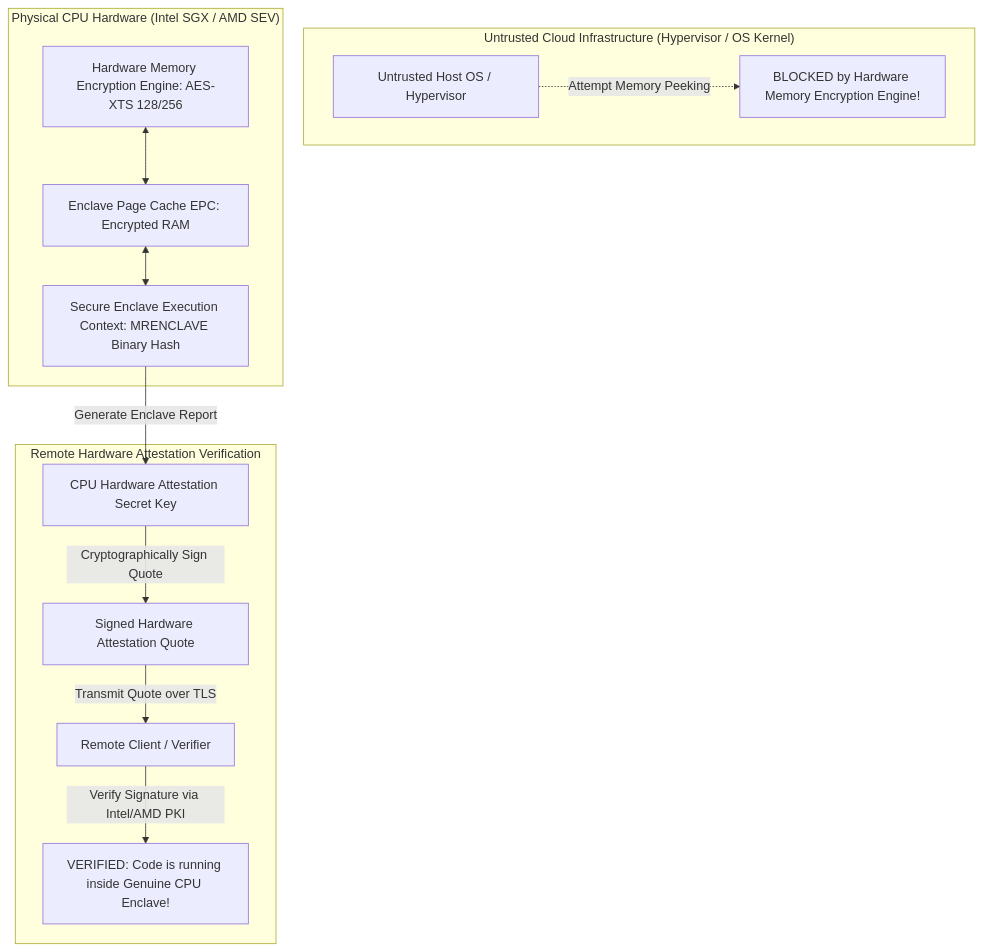
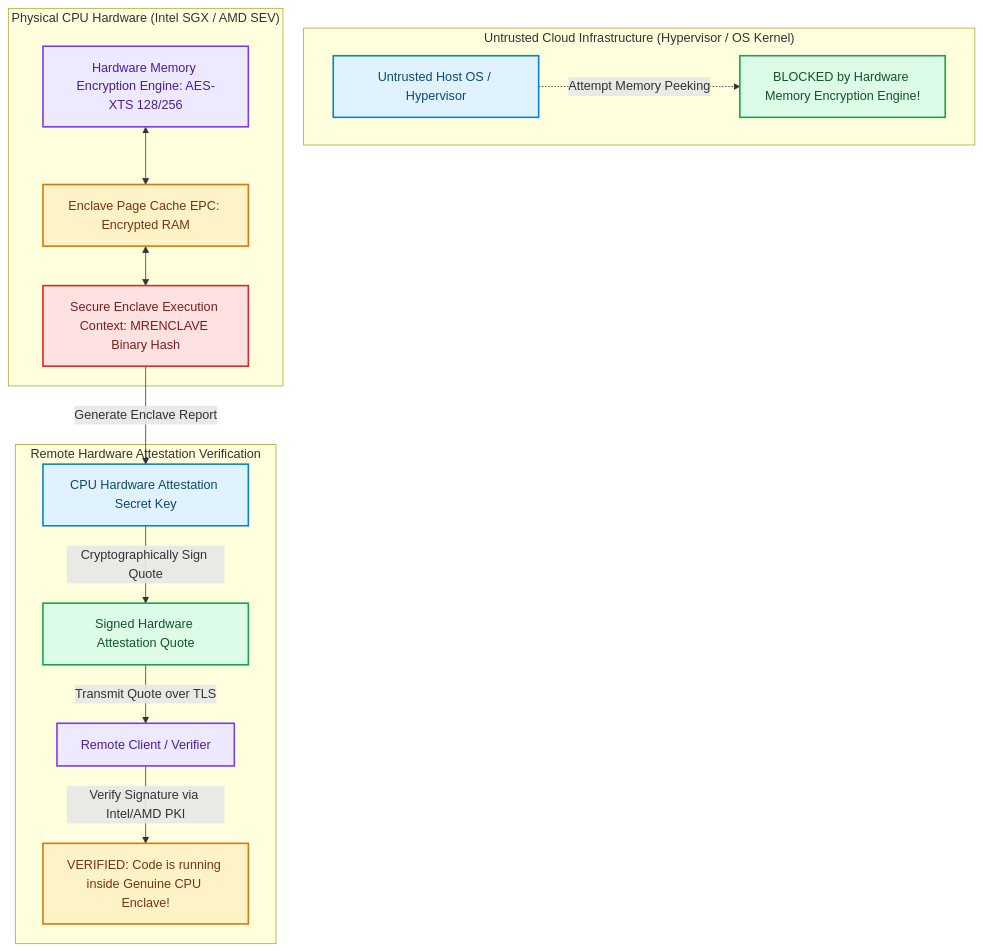
Before and after one commit to akmalkhaniub/akmalkhaniub.github.io: the diagram in blog/posts/confidential-computing-secure-enclaves-intel-sgx-amd-sev.md, drawn with Mermaid. The commit also changed other lines of this file and 1291 other files, not shown here.

First line of the commit message:
feat(catalog): unique covers, scholarly references, and diagram palettes

````diff
--- a/blog/posts/confidential-computing-secure-enclaves-intel-sgx-amd-sev.md
+++ b/blog/posts/confidential-computing-secure-enclaves-intel-sgx-amd-sev.md
@@ -21,18 +21,29 @@
 ```mermaid
 flowchart TD
   subgraph SG1_UntrustedCloudInfrastructure ["Untrusted Cloud Infrastructure (Hypervisor / OS Kernel)"]
-    UntrustedOS[Untrusted Host OS / Hypervisor] -.->|Attempt Memory Peeking| Blocked[ BLOCKED by Hardware Memory Encryption Engine!]
+    UntrustedOS["Untrusted Host OS / Hypervisor"] -.->|Attempt Memory Peeking| Blocked[" BLOCKED by Hardware Memory Encryption Engine!"]
   end
   
   subgraph SG2_PhysicalCpuHardware ["Physical CPU Hardware (Intel SGX / AMD SEV)"]
-    MEE[Hardware Memory Encryption Engine: AES-XTS 128/256] <--> EPC[Enclave Page Cache EPC: Encrypted RAM]
-    EPC <--> Enclave[Secure Enclave Execution Context: MRENCLAVE Binary Hash]
+    MEE["Hardware Memory Encryption Engine: AES-XTS 128/256"] <--> EPC["Enclave Page Cache EPC: Encrypted RAM"]
+    EPC <--> Enclave["Secure Enclave Execution Context: MRENCLAVE Binary Hash"]
   end
   
   subgraph SG3_RemoteHardwareAttestation ["Remote Hardware Attestation Verification"]
-    Enclave -->|Generate Enclave Report| CPU_Key[CPU Hardware Attestation Secret Key]
-    CPU_Key -->|Cryptographically Sign Quote| AttestationQuote[Signed Hardware Attestation Quote]
-    AttestationQuote -->|Transmit Quote over TLS| RemoteClient[Remote Client / Verifier]
-    RemoteClient -->|Verify Signature via Intel/AMD PKI| Trust[ VERIFIED: Code is running inside Genuine CPU Enclave!]
+    Enclave -->|Generate Enclave Report| CPU_Key["CPU Hardware Attestation Secret Key"]
+    CPU_Key -->|Cryptographically Sign Quote| AttestationQuote["Signed Hardware Attestation Quote"]
+    AttestationQuote -->|Transmit Quote over TLS| RemoteClient["Remote Client / Verifier"]
+    RemoteClient -->|Verify Signature via Intel/AMD PKI| Trust[" VERIFIED: Code is running inside Genuine CPU Enclave!"]
   end
+
+classDef green fill:#dcfce7,stroke:#16a34a,stroke-width:2px,color:#14532d;
+classDef red fill:#fee2e2,stroke:#dc2626,stroke-width:2px,color:#7f1d1d;
+classDef blue fill:#e0f2fe,stroke:#0284c7,stroke-width:2px,color:#0c4a6e;
+classDef yellow fill:#fef3c7,stroke:#d97706,stroke-width:2px,color:#78350f;
+classDef purple fill:#ede9fe,stroke:#7c3aed,stroke-width:2px,color:#4c1d95;
+class UntrustedOS,CPU_Key blue
+class Blocked,AttestationQuote green
+class MEE,RemoteClient purple
+class EPC,Trust yellow
+class Enclave red
 ```
````
